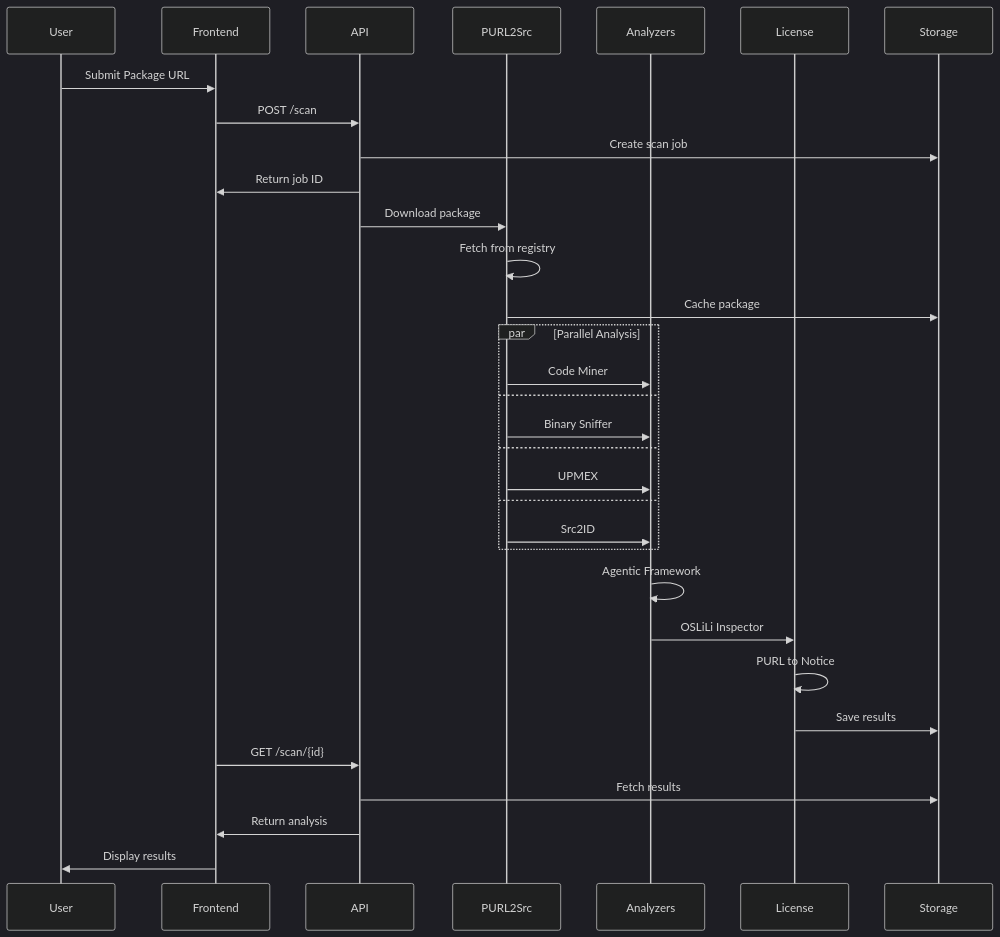
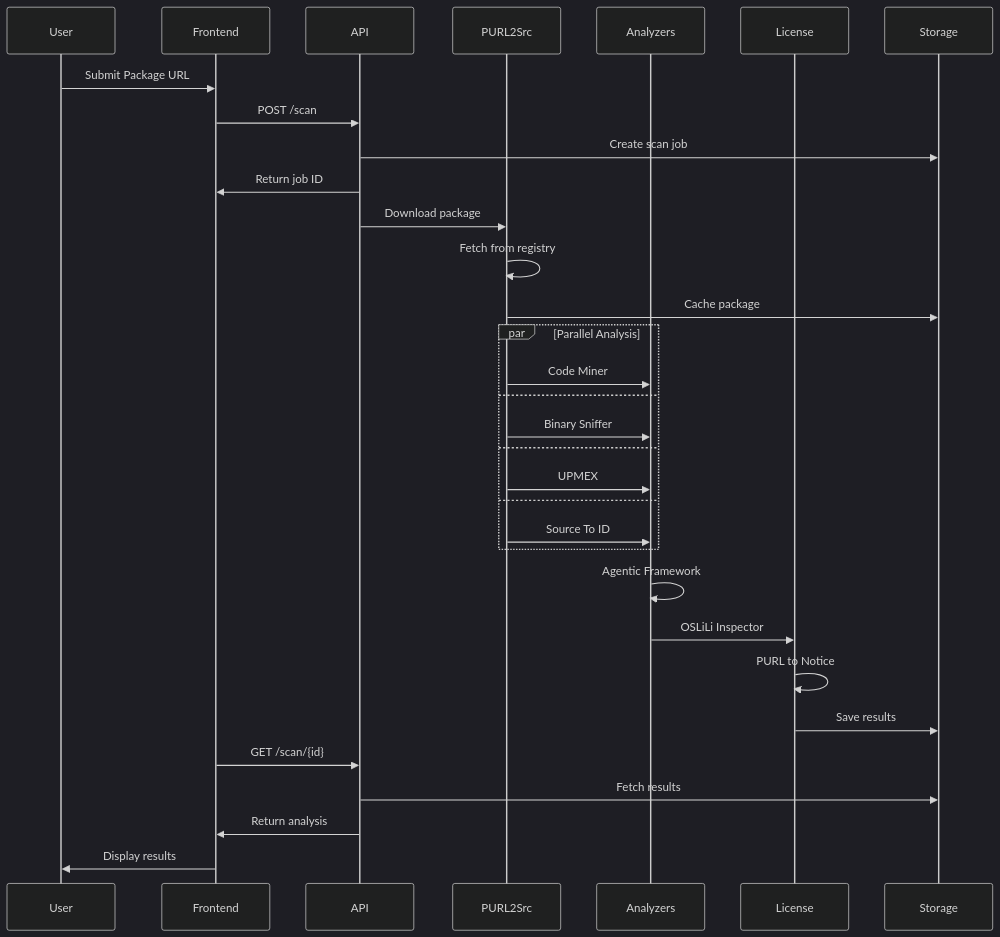
The second of 4 diagrams in capability-map.md (oscarvalenzuelab/codecopycatdefender.com), drawn with Mermaid (dark theme) before and after one commit. The commit also changed other lines of this file and 5 other files, not shown here.

````diff
--- a/capability-map.md
+++ b/capability-map.md
@@ -73,39 +73,39 @@
 ```mermaid
 sequenceDiagram
     participant User
     participant Frontend
     participant API
     participant PURL2Src
     participant Analyzers
     participant License
     participant Storage
 
     User->>Frontend: Submit Package URL
     Frontend->>API: POST /scan
     API->>Storage: Create scan job
     API->>Frontend: Return job ID
     
     API->>PURL2Src: Download package
     PURL2Src->>PURL2Src: Fetch from registry
     PURL2Src->>Storage: Cache package
     
     par Parallel Analysis
         PURL2Src->>Analyzers: Code Miner
         and
         PURL2Src->>Analyzers: Binary Sniffer
         and
         PURL2Src->>Analyzers: UPMEX
         and
-        PURL2Src->>Analyzers: Src2ID
+        PURL2Src->>Analyzers: Source To ID
     end
     
     Analyzers->>Analyzers: Agentic Framework
     Analyzers->>License: OSLiLi Inspector
     License->>License: PURL to Notice
     License->>Storage: Save results
     
     Frontend->>API: GET /scan/{id}
     API->>Storage: Fetch results
     API->>Frontend: Return analysis
     Frontend->>User: Display results
 ```
````
